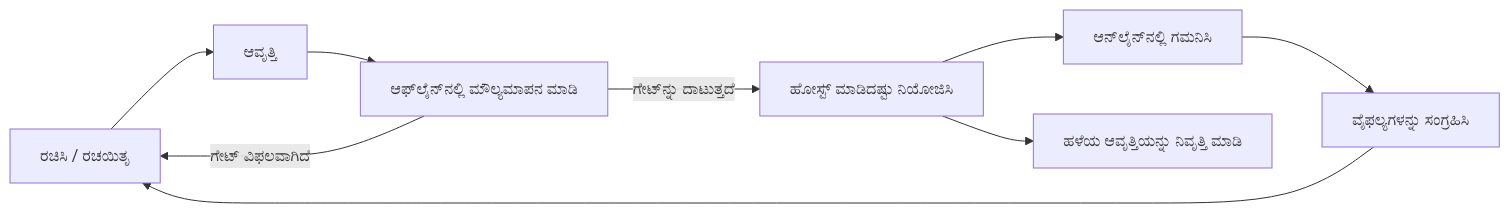
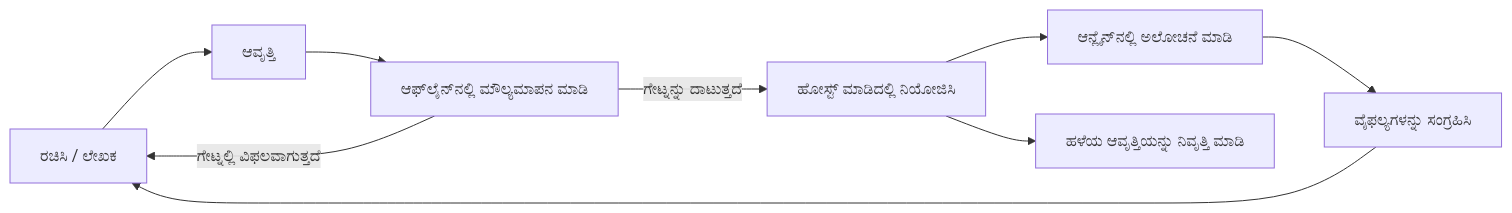
Before and after one commit to microsoft/ai-agents-for-beginners: the second of 4 diagrams in translations/kn/16-deploying-scalable-agents/README.md, drawn with Mermaid. The commit also changed other lines of this file and 43 other files, not shown here.

````diff
--- a/translations/kn/16-deploying-scalable-agents/README.md
+++ b/translations/kn/16-deploying-scalable-agents/README.md
@@ -108,11 +108,11 @@
 ```mermaid
 flowchart LR
-    Create[ರಚಿಸಿ / ರಚಯಿತೃ] --> Version[ಆವೃತ್ತಿ]
+    Create[ರಚಿಸಿ / ಲೇಖಕ] --> Version[ಆವೃತ್ತಿ]
     Version --> Evaluate[ಆಫ್‌ಲೈನ್‌ನಲ್ಲಿ ಮೌಲ್ಯಮಾಪನ ಮಾಡಿ]
-    Evaluate -->|ಗೇಟ್‌ನ್ನು ದಾಟುತ್ತದೆ| Deploy[ಹೋಸ್ಟ್ ಮಾಡಿದಷ್ಟು ನಿಯೋಜಿಸಿ]
-    Evaluate -->|ಗೇಟ್ ವಿಫಲವಾಗಿದೆ| Create
-    Deploy --> Observe[ಆನ್‌ಲೈನ್‌ನಲ್ಲಿ ಗಮನಿಸಿ]
+    Evaluate -->|ಗೇಟ್ನನ್ನು ದಾಟುತ್ತದೆ| Deploy[ಹೋಸ್ಟ್ ಮಾಡಿದಲ್ಲಿ ನಿಯೋಜಿಸಿ]
+    Evaluate -->|ಗೇಟ್ನಲ್ಲಿ ವಿಫಲವಾಗುತ್ತದೆ| Create
+    Deploy --> Observe[ಆನ್ಲೈನ್‌ನಲ್ಲಿ ಅಲೋಚನೆ ಮಾಡಿ]
     Observe --> Improve[ವೈಫಲ್ಯಗಳನ್ನು ಸಂಗ್ರಹಿಸಿ]
     Improve --> Create
     Deploy --> Retire[ಹಳೆಯ ಆವೃತ್ತಿಯನ್ನು ನಿವೃತ್ತಿ ಮಾಡಿ]
 ```
````
